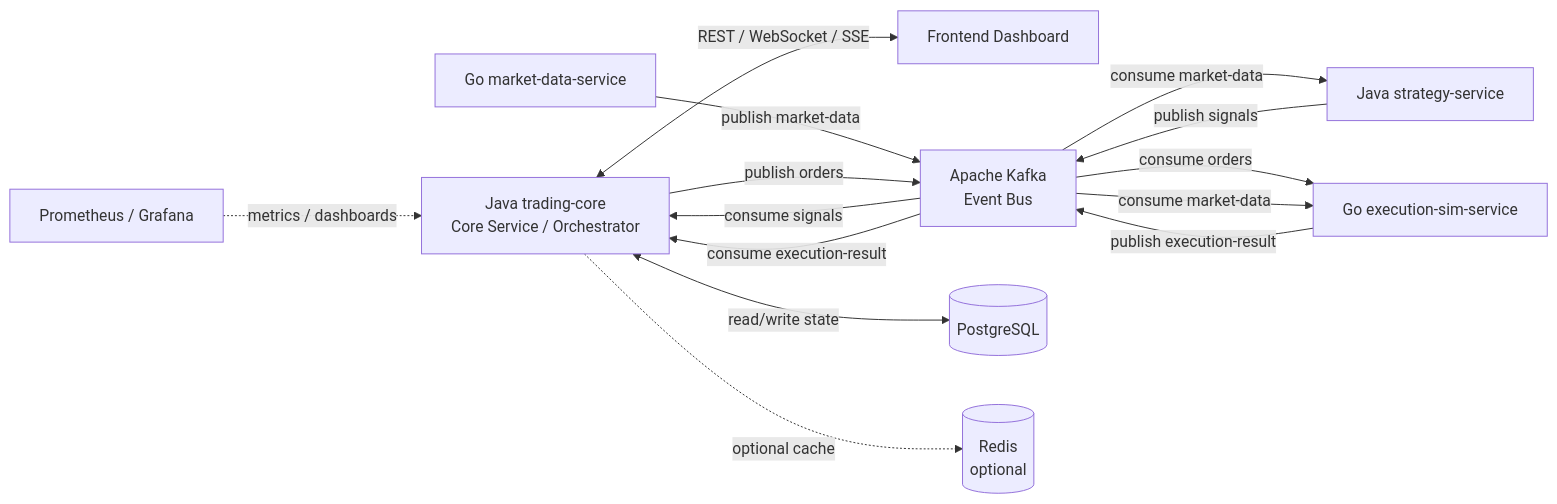
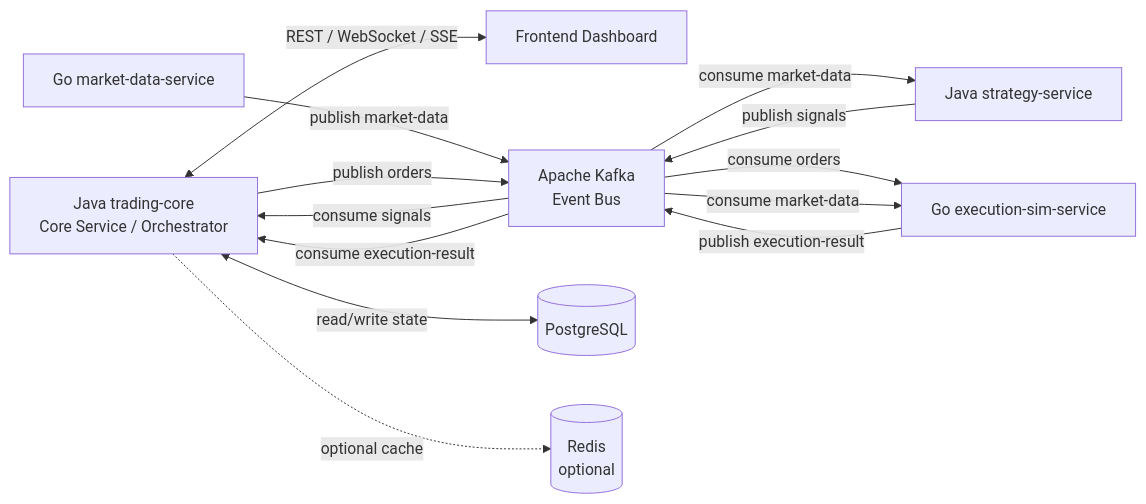
One commit to AlexToday111/DNP-proj.-Trading-system- changed the diagram in README.md. Above: the diagram before and after it, drawn with Mermaid. The commit also changed other lines of this file and 1 other file, not shown here.

Commit message:
Remove Prometheus and Grafana docs references

````diff
--- a/README.md
+++ b/README.md
@@ -86,26 +86,24 @@
 ```mermaid
 flowchart LR
     FE["Frontend Dashboard"]
     CORE["Java trading-core<br/>Core Service / Orchestrator"]
     KAFKA["Apache Kafka<br/>Event Bus"]
     MD["Go market-data-service"]
     STRATEGY["Java strategy-service"]
     EXEC["Go execution-sim-service"]
     DB[("PostgreSQL")]
     REDIS[("Redis<br/>optional")]
-    OBS["Prometheus / Grafana"]
 
     MD -->|"publish market-data"| KAFKA
     KAFKA -->|"consume market-data"| STRATEGY
     STRATEGY -->|"publish signals"| KAFKA
     KAFKA -->|"consume signals"| CORE
     CORE -->|"publish orders"| KAFKA
     KAFKA -->|"consume orders"| EXEC
     KAFKA -->|"consume market-data"| EXEC
     EXEC -->|"publish execution-result"| KAFKA
     KAFKA -->|"consume execution-result"| CORE
     CORE <-->|"REST / WebSocket / SSE"| FE
     CORE <-->|"read/write state"| DB
     CORE -.->|"optional cache"| REDIS
-    OBS -.->|"metrics / dashboards"| CORE
 ```
````
